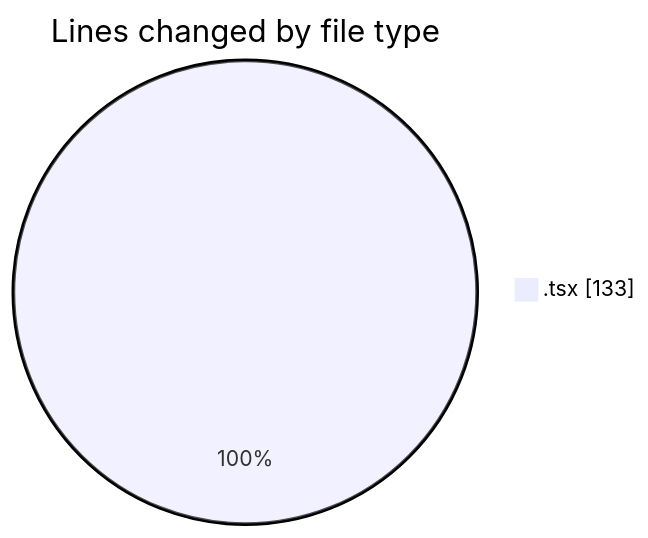
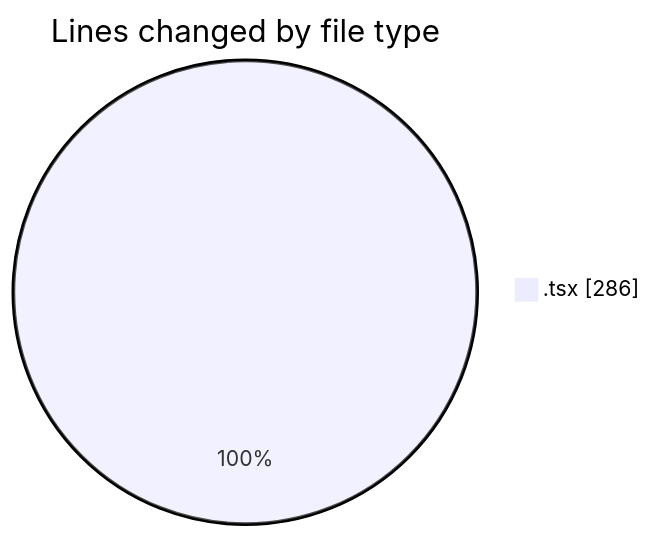
Before and after one commit to robertbonfada/code-tracking: the first of 2 diagrams in 2025-03-04/termonied_testador/README.md, drawn with Mermaid. The commit also changed other lines of this file and 1 other file, not shown here.

````diff
--- a/2025-03-04/termonied_testador/README.md
+++ b/2025-03-04/termonied_testador/README.md
@@ -21,5 +21,5 @@
 ```mermaid
 pie showData
 title Lines changed by file type
-".tsx" : 133
+".tsx" : 286
 ```
````
